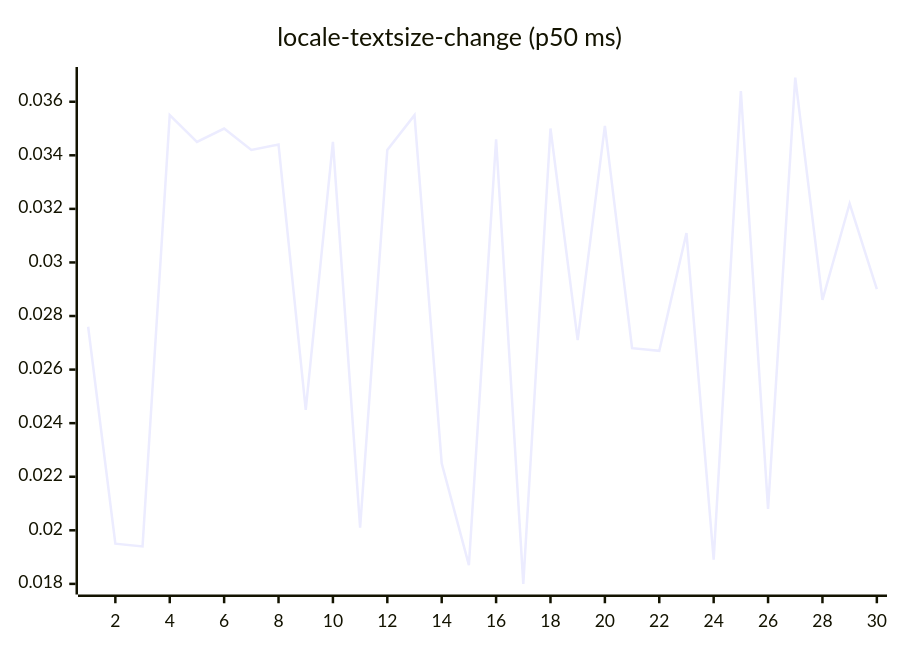
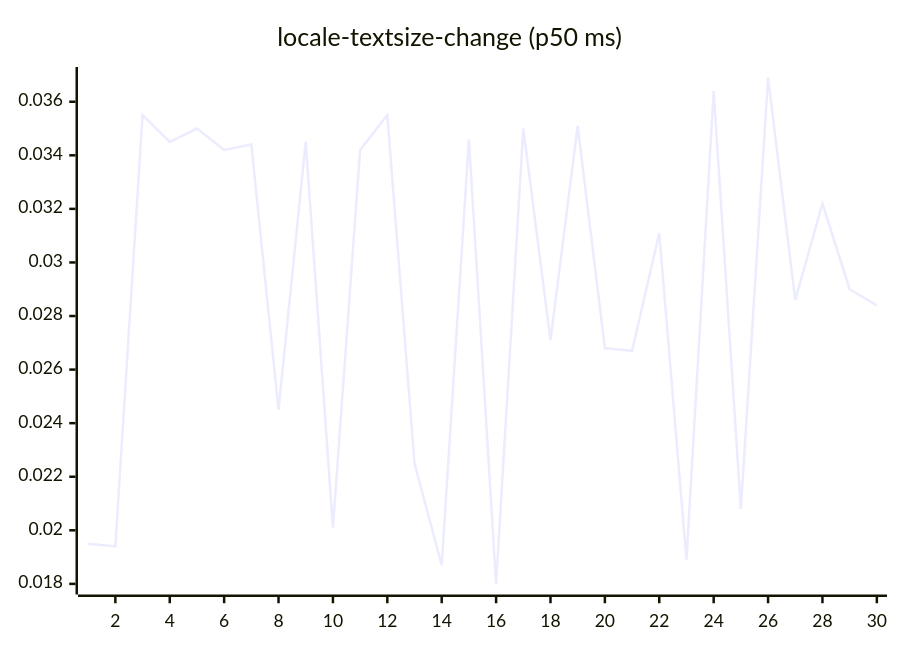
One commit to josha/Facet changed diagram 13 of 27 in README.md. Above: the diagram before and after it, drawn with Mermaid. The commit also changed other lines of this file and 2 other files, not shown here.

````diff
--- a/README.md
+++ b/README.md
@@ -147,6 +147,6 @@
 ```mermaid
 xychart-beta
     title "locale-textsize-change (p50 ms)"
     x-axis 1 --> 30
-    line [0.0276, 0.0195, 0.0194, 0.0355, 0.0345, 0.0350, 0.0342, 0.0344, 0.0245, 0.0345, 0.0201, 0.0342, 0.0355, 0.0225, 0.0187, 0.0346, 0.0180, 0.0350, 0.0271, 0.0351, 0.0268, 0.0267, 0.0311, 0.0189, 0.0364, 0.0208, 0.0369, 0.0286, 0.0322, 0.0290]
+    line [0.0195, 0.0194, 0.0355, 0.0345, 0.0350, 0.0342, 0.0344, 0.0245, 0.0345, 0.0201, 0.0342, 0.0355, 0.0225, 0.0187, 0.0346, 0.0180, 0.0350, 0.0271, 0.0351, 0.0268, 0.0267, 0.0311, 0.0189, 0.0364, 0.0208, 0.0369, 0.0286, 0.0322, 0.0290, 0.0284]
 ```
````
